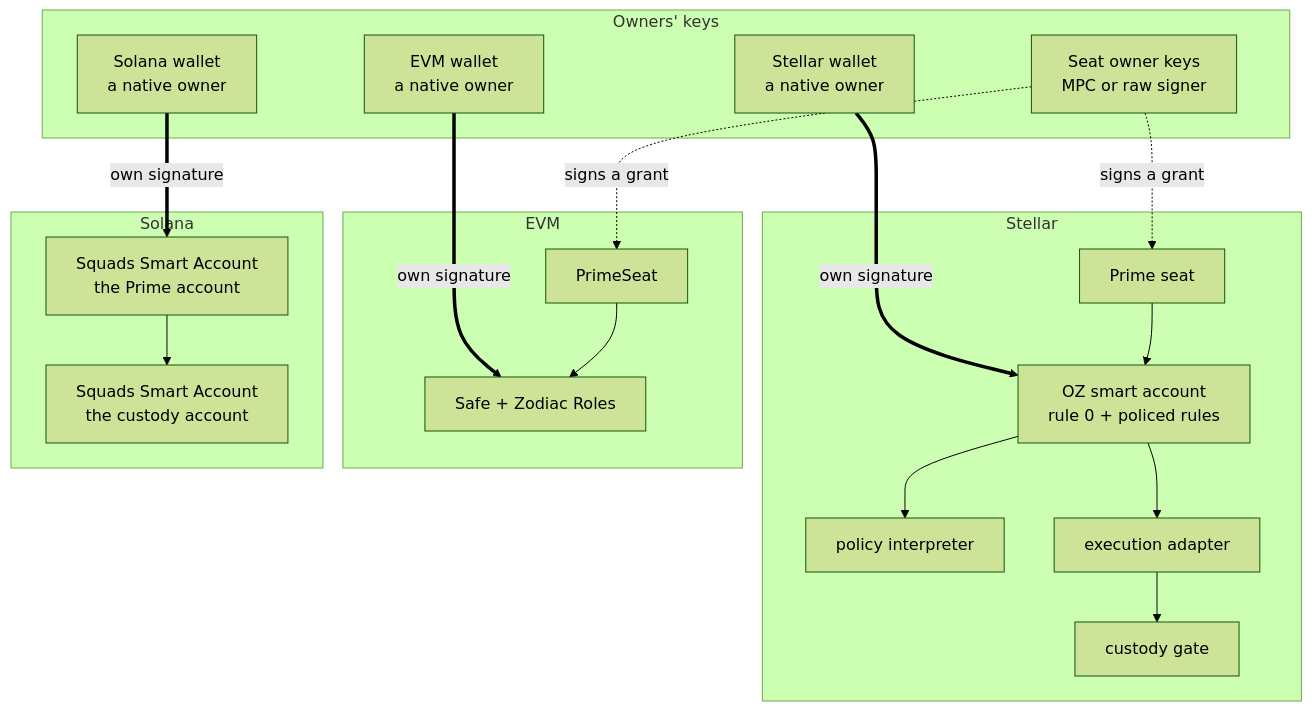
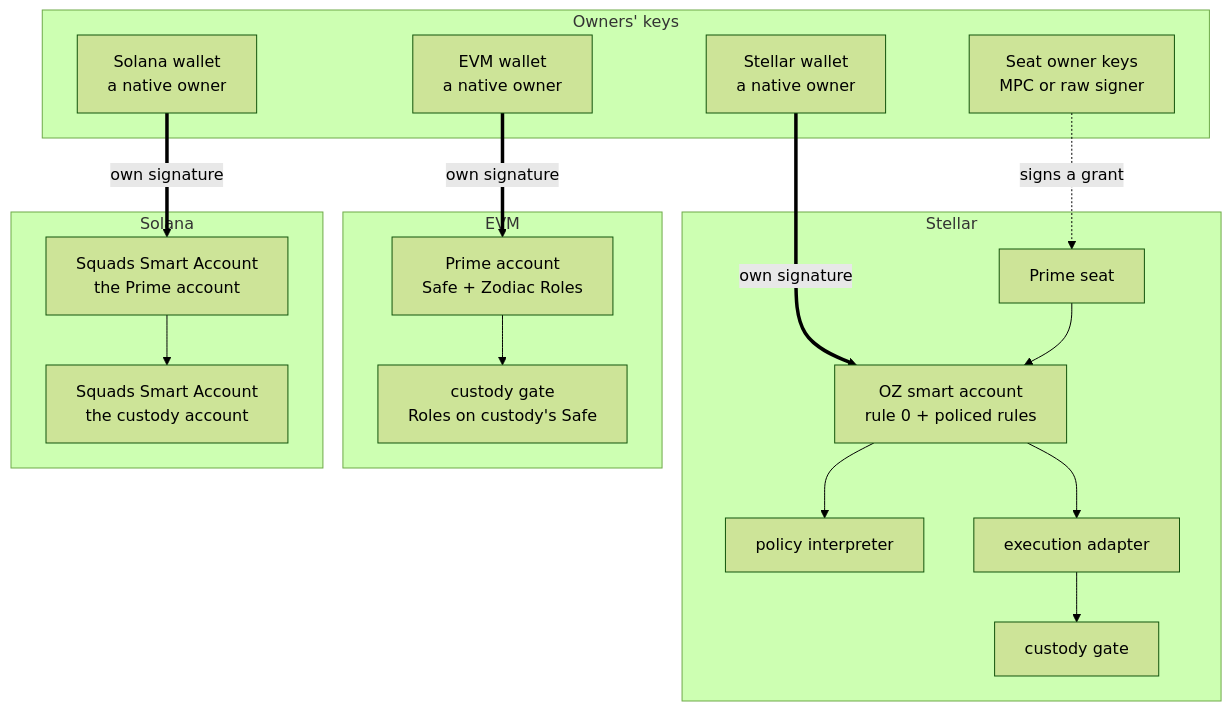
Before and after one commit to untangledfinance/oz-policy-builder: the fourth of 6 diagrams in docs/architecture.md, drawn with Mermaid (forest theme). The commit also changed other lines of this file and 9 other files, not shown here.

First line of the commit message:
docs(evm): Prime on EVM as configuration on Safe and Zodiac Roles

````diff
--- a/docs/architecture.md
+++ b/docs/architecture.md
@@ -119,33 +119,33 @@
 ```mermaid
 flowchart TB
   subgraph W["Owners' keys"]
     FR["Stellar wallet<br/>a native owner"]
     MM["EVM wallet<br/>a native owner"]
     PH["Solana wallet<br/>a native owner"]
     OK["Seat owner keys<br/>MPC or raw signer"]
   end
   subgraph XLM["Stellar"]
     OZ["OZ smart account<br/>rule 0 + policed rules"]
     SS["Prime seat"]
     INT["policy interpreter"]
     AD["execution adapter"]
     G1["custody gate"]
   end
   subgraph EVM["EVM"]
-    SAFE["Safe + Zodiac Roles"]
-    PS["PrimeSeat"]
+    SAFE["Prime account<br/>Safe + Zodiac Roles"]
+    G3["custody gate<br/>Roles on custody's Safe"]
   end
   subgraph SOL["Solana"]
     SQ["Squads Smart Account<br/>the Prime account"]
     G2["Squads Smart Account<br/>the custody account"]
   end
   FR == "own signature" ==> OZ
   MM == "own signature" ==> SAFE
   PH == "own signature" ==> SQ
-  OK -. "signs a grant" .-> SS & PS
+  OK -. "signs a grant" .-> SS
   SS --> OZ
-  PS --> SAFE
+  SAFE --> G3
   OZ --> INT
   OZ --> AD --> G1
   SQ --> G2
 ```
````
